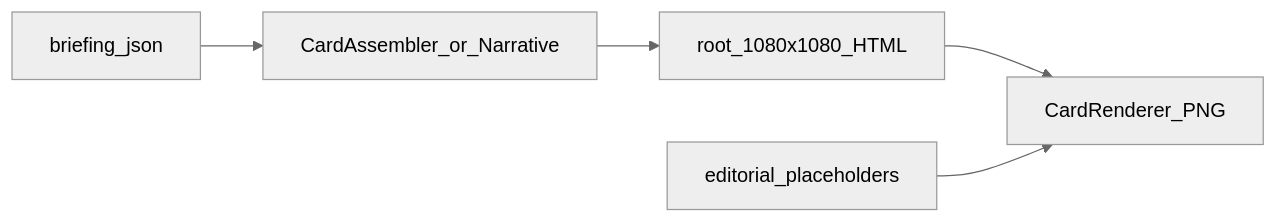
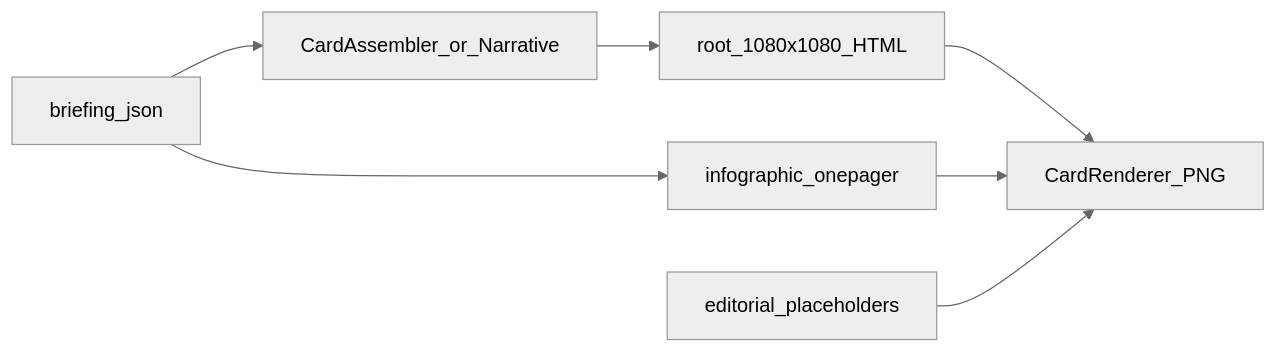
The diagram in docs/05-card-templates.md (DevSmapy/posting-auto), drawn with Mermaid (neutral theme) before and after one commit. The commit also changed other lines of this file and 66 other files, not shown here.

````diff
--- a/docs/05-card-templates.md
+++ b/docs/05-card-templates.md
@@ -16,10 +17,12 @@
 ```mermaid
 flowchart LR
   briefing[briefing_json]
   assembler[CardAssembler_or_Narrative]
   rootHtml[root_1080x1080_HTML]
   editorial[editorial_placeholders]
+  onepager[infographic_onepager]
   png[CardRenderer_PNG]
   briefing --> assembler --> rootHtml --> png
+  briefing --> onepager --> png
   editorial --> png
 ```
````
